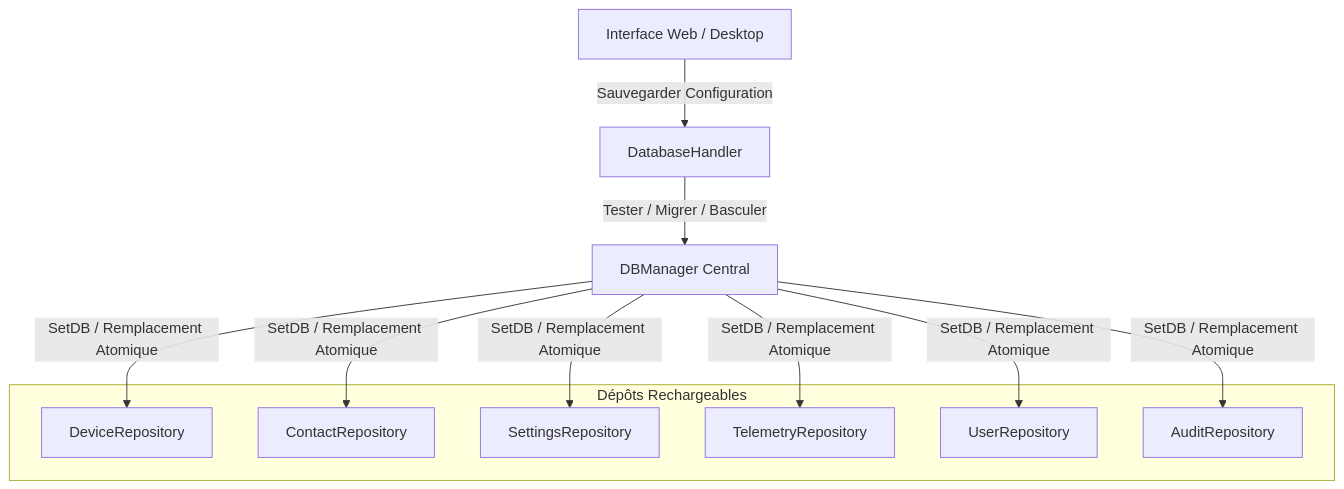
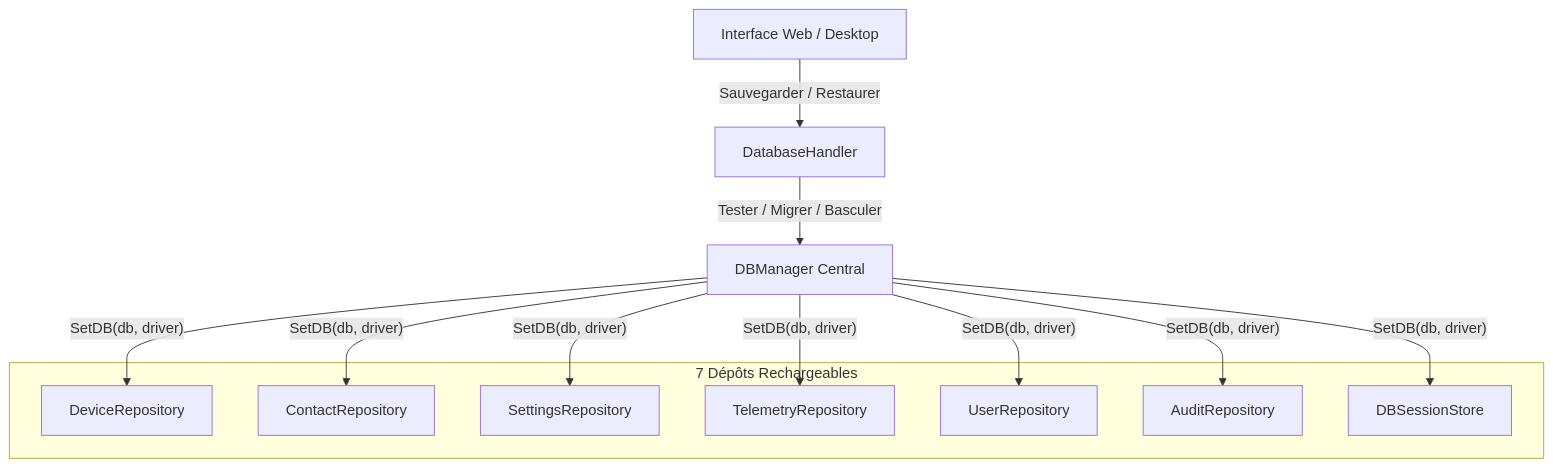
One commit to Noxfort-Systems-Brazil/MONITOR changed the diagram in docs/fr/database.md. Above: the diagram before and after it, drawn with Mermaid. The commit also changed other lines of this file and 186 other files, not shown here.

````diff
--- a/docs/fr/database.md
+++ b/docs/fr/database.md
@@ -27,21 +25,23 @@
 ```mermaid
 graph TD
-    UI[Interface Web / Desktop] -->|Sauvegarder Configuration| DBHandler[DatabaseHandler]
+    UI[Interface Web / Desktop] -->|Sauvegarder / Restaurer| DBHandler[DatabaseHandler]
     DBHandler -->|Tester / Migrer / Basculer| DBManager[DBManager Central]
-    
-    subgraph "Dépôts Rechargeables"
+
+    subgraph "7 Dépôts Rechargeables"
         DeviceRepo[DeviceRepository]
         ContactRepo[ContactRepository]
         SettingsRepo[SettingsRepository]
         TelemetryRepo[TelemetryRepository]
         UserRepo[UserRepository]
         AuditRepo[AuditRepository]
+        SessionStore[DBSessionStore]
     end
-    
-    DBManager -->|SetDB / Remplacement Atomique| DeviceRepo
-    DBManager -->|SetDB / Remplacement Atomique| ContactRepo
-    DBManager -->|SetDB / Remplacement Atomique| SettingsRepo
-    DBManager -->|SetDB / Remplacement Atomique| TelemetryRepo
-    DBManager -->|SetDB / Remplacement Atomique| UserRepo
-    DBManager -->|SetDB / Remplacement Atomique| AuditRepo
+
+    DBManager -->|"SetDB(db, driver)"| DeviceRepo
+    DBManager -->|"SetDB(db, driver)"| ContactRepo
+    DBManager -->|"SetDB(db, driver)"| SettingsRepo
+    DBManager -->|"SetDB(db, driver)"| TelemetryRepo
+    DBManager -->|"SetDB(db, driver)"| UserRepo
+    DBManager -->|"SetDB(db, driver)"| AuditRepo
+    DBManager -->|"SetDB(db, driver)"| SessionStore
 ```
````
